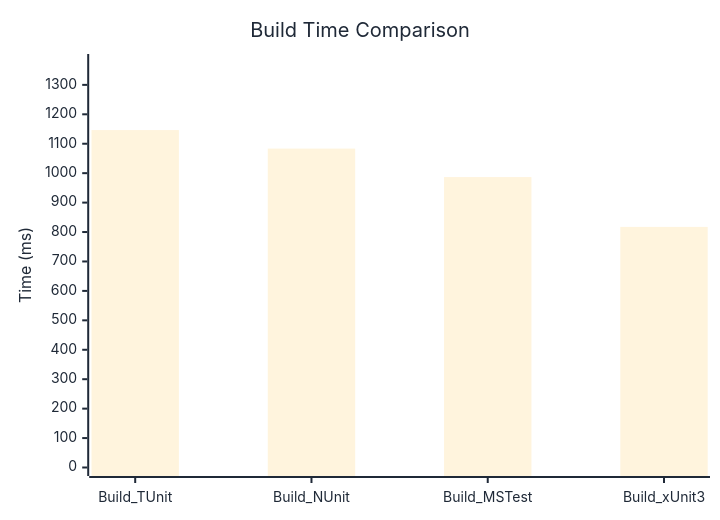
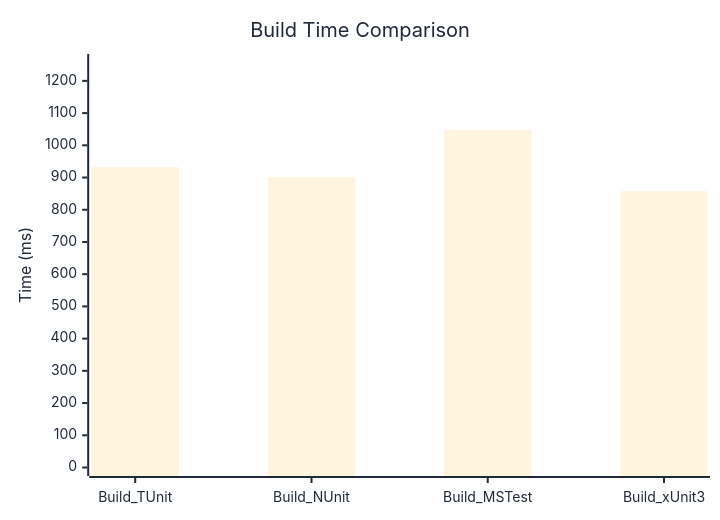
One commit to thomhurst/TUnit changed the diagram in docs/docs/benchmarks/engine/BuildTime.md. Above: the diagram before and after it, drawn with Mermaid. The commit also changed other lines of this file and 18 other files, not shown here.

````diff
--- a/docs/docs/benchmarks/engine/BuildTime.md
+++ b/docs/docs/benchmarks/engine/BuildTime.md
@@ -30,37 +30,37 @@
 ```mermaid
 %%{init: {
   'theme':'base',
   'themeVariables': {
     'primaryColor': '#2563eb',
     'primaryTextColor': '#1f2937',
     'primaryBorderColor': '#1e40af',
     'lineColor': '#6b7280',
     'secondaryColor': '#7c3aed',
     'tertiaryColor': '#dc2626',
     'background': '#ffffff',
     'mainBkg': '#2563eb',
     'secondBkg': '#7c3aed',
     'tertiaryBkg': '#dc2626',
     'clusterBkg': '#f3f4f6',
     'edgeLabelBackground': '#ffffff',
     'tertiaryTextColor': '#1f2937',
     'pie1': '#2563eb',
     'pie2': '#7c3aed',
     'pie3': '#dc2626',
     'pie4': '#f59e0b',
     'pie5': '#10b981',
     'pie6': '#06b6d4',
     'pie7': '#ec4899',
     'pie8': '#6366f1',
     'pie9': '#84cc16',
     'pie10': '#f97316',
     'pie11': '#14b8a6',
     'pie12': '#a855f7'
   }
 }}%%
 xychart-beta
   title "Build Time Comparison"
   x-axis ["Build_TUnit", "Build_NUnit", "Build_MSTest", "Build_xUnit3"]
-  y-axis "Time (ms)" 0 --> 1376
-  bar [1146.4, 1083.5, 986.7, 817.4]
+  y-axis "Time (ms)" 0 --> 1257
+  bar [931.9, 901.1, 1046.9, 857.4]
 ```
````
